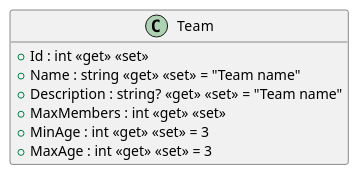
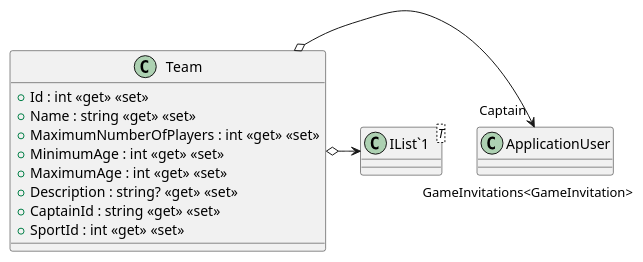
Before and after one commit to ISII2627Erasmus/Barca: the diagram in src/AppForSEII.API/ClassDiagram/Team.puml, drawn with PlantUML. The commit also changed 14 other files, not shown here.

Commit message:
Modify PurchaseStatus class and add class diagram files

```diff
--- a/src/AppForSEII.API/ClassDiagram/Team.puml
+++ b/src/AppForSEII.API/ClassDiagram/Team.puml
@@ -1,12 +1,16 @@
 @startuml
-hide methods
 class Team {
     + Id : int <<get>> <<set>>
-    + Name : string <<get>> <<set>> = "Team name"
-    + Description : string? <<get>> <<set>> = "Team name"
-    + MaxMembers : int <<get>> <<set>>
-    + MinAge : int <<get>> <<set>> = 3
-    + MaxAge : int <<get>> <<set>> = 3
+    + Name : string <<get>> <<set>>
+    + MaximumNumberOfPlayers : int <<get>> <<set>>
+    + MinimumAge : int <<get>> <<set>>
+    + MaximumAge : int <<get>> <<set>>
+    + Description : string? <<get>> <<set>>
+    + CaptainId : string <<get>> <<set>>
+    + SportId : int <<get>> <<set>>
 }
-
+class "IList`1"<T> {
+}
+Team o-> "Captain" ApplicationUser
+Team o-> "GameInvitations<GameInvitation>" "IList`1"
 @enduml
```
